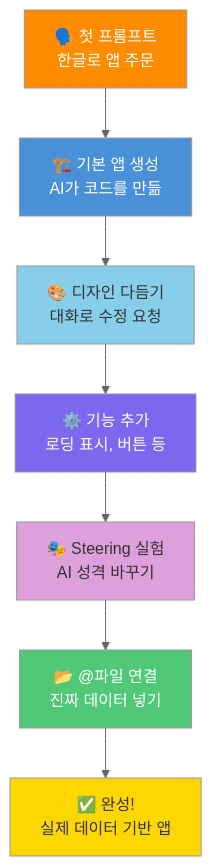
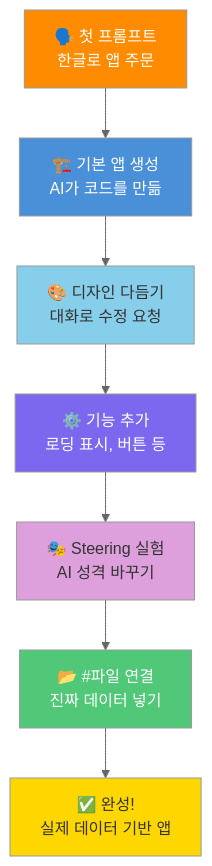
Before and after one commit to rornfdlek/kiro-workshop-gs25-52g: the third of 3 diagrams in module2-vibe-coding/file-context.md, drawn with Mermaid (neutral theme). The commit also changed other lines of this file and 11 other files, not shown here.

````diff
--- a/module2-vibe-coding/file-context.md
+++ b/module2-vibe-coding/file-context.md
@@ -252,17 +260,17 @@
 ```mermaid
 graph TD
     A["🗣️ 첫 프롬프트<br/>한글로 앱 주문"] --> B["🏗️ 기본 앱 생성<br/>AI가 코드를 만듦"]
     B --> C["🎨 디자인 다듬기<br/>대화로 수정 요청"]
     C --> D["⚙️ 기능 추가<br/>로딩 표시, 버튼 등"]
     D --> E["🎭 Steering 실험<br/>AI 성격 바꾸기"]
-    E --> F["📂 @파일 연결<br/>진짜 데이터 넣기"]
+    E --> F["📂 #파일 연결<br/>진짜 데이터 넣기"]
     F --> G["✅ 완성!<br/>실제 데이터 기반 앱"]
 
     style A fill:#FF8C00,color:#fff
     style B fill:#4A90D9,color:#fff
     style C fill:#87CEEB,color:#333
     style D fill:#7B68EE,color:#fff
     style E fill:#DDA0DD,color:#333
     style F fill:#50C878,color:#fff
     style G fill:#FFD700,color:#333
 ```
````
